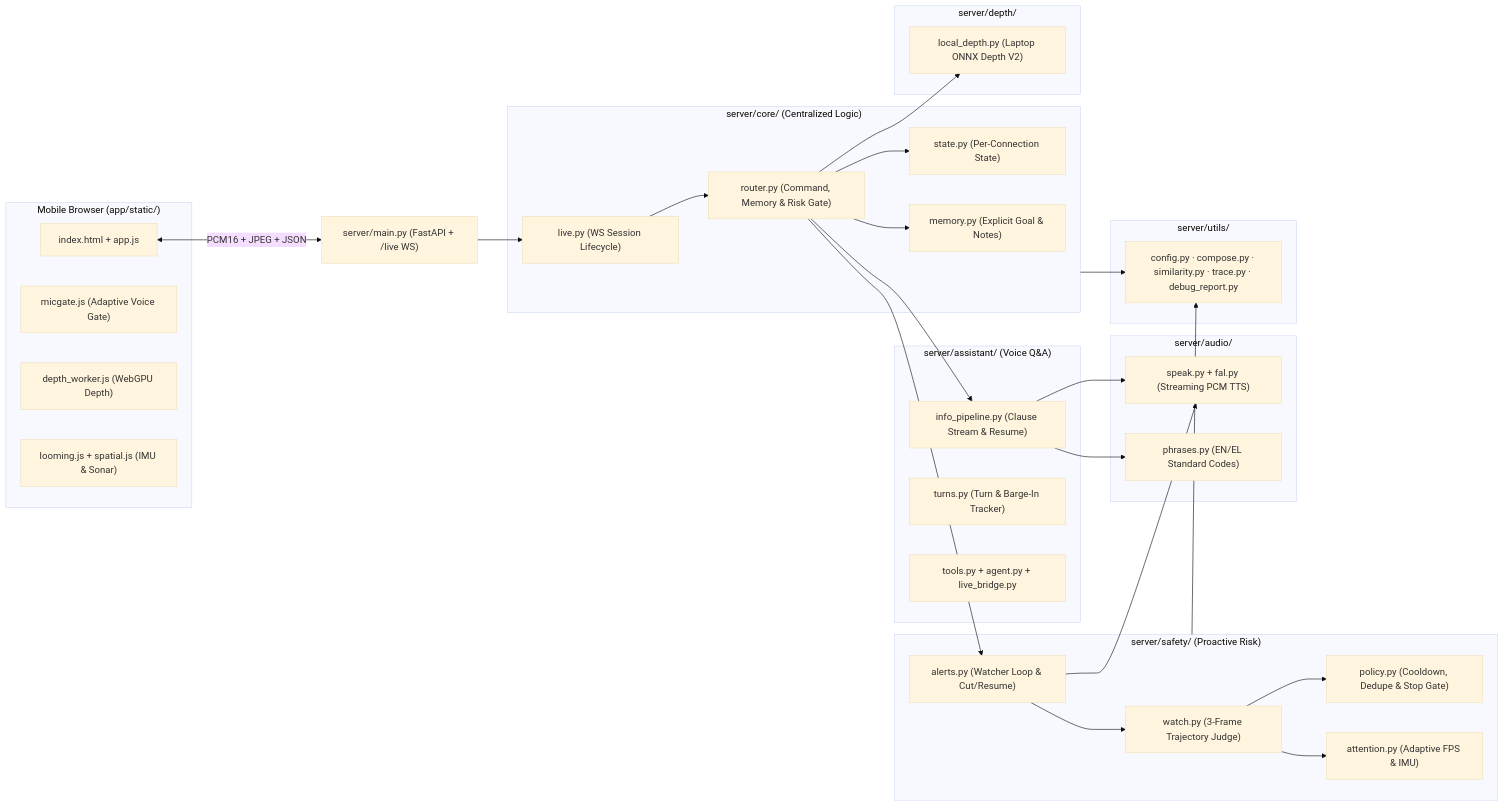
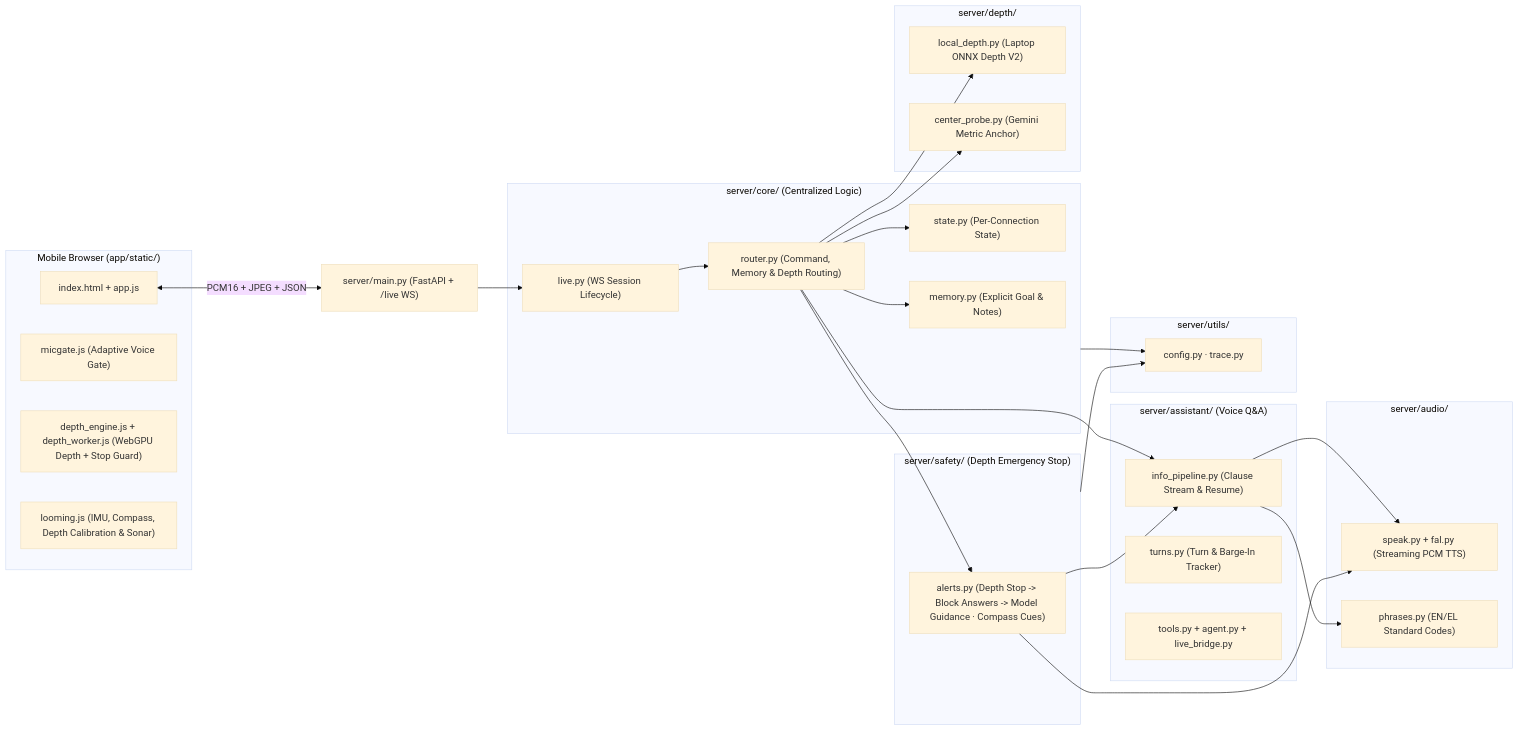
The first of 2 diagrams in app/README.md (Mike17K/genaisummit2026), drawn with Mermaid (base theme) before and after one commit. The commit also changed other lines of this file and 38 other files, not shown here.

````diff
--- a/app/README.md
+++ b/app/README.md
@@ -11,59 +11,57 @@
 ```mermaid
 flowchart LR
     subgraph Client["Mobile Browser (app/static/)"]
         UI["index.html + app.js"]
         MG["micgate.js (Adaptive Voice Gate)"]
-        DW["depth_worker.js (WebGPU Depth)"]
-        LM["looming.js + spatial.js (IMU & Sonar)"]
+        DW["depth_engine.js + depth_worker.js (WebGPU Depth + Stop Guard)"]
+        LM["looming.js (IMU, Compass, Depth Calibration & Sonar)"]
     end
 
     Entry["server/main.py (FastAPI + /live WS)"]
 
     subgraph Core["server/core/ (Centralized Logic)"]
         LIVE["live.py (WS Session Lifecycle)"]
-        RTR["router.py (Command, Memory & Risk Gate)"]
+        RTR["router.py (Command, Memory & Depth Routing)"]
         ST["state.py (Per-Connection State)"]
         MEM["memory.py (Explicit Goal & Notes)"]
     end
 
     subgraph Assistant["server/assistant/ (Voice Q&A)"]
         INFO["info_pipeline.py (Clause Stream & Resume)"]
         TRN["turns.py (Turn & Barge-In Tracker)"]
         TLS["tools.py + agent.py + live_bridge.py"]
     end
 
-    subgraph Safety["server/safety/ (Proactive Risk)"]
-        ALT["alerts.py (Watcher Loop & Cut/Resume)"]
-        WCH["watch.py (3-Frame Trajectory Judge)"]
-        POL["policy.py (Cooldown, Dedupe & Stop Gate)"]
-        ATT["attention.py (Adaptive FPS & IMU)"]
+    subgraph Safety["server/safety/ (Depth Emergency Stop)"]
+        ALT["alerts.py (Depth Stop -> Block Answers -> Model Guidance · Compass Cues)"]
     end
 
     subgraph Depth["server/depth/"]
         LDP["local_depth.py (Laptop ONNX Depth V2)"]
+        CPR["center_probe.py (Gemini Metric Anchor)"]
     end
 
     subgraph Audio["server/audio/"]
         SPK["speak.py + fal.py (Streaming PCM TTS)"]
         PHR["phrases.py (EN/EL Standard Codes)"]
     end
 
     subgraph Utils["server/utils/"]
-        UTL["config.py · compose.py · similarity.py · trace.py · debug_report.py"]
+        UTL["config.py · trace.py"]
     end
 
     UI <-->|"PCM16 + JPEG + JSON"| Entry
     Entry --> LIVE --> RTR
     RTR --> ST
     RTR --> MEM
     RTR --> INFO
     RTR --> ALT
     RTR --> LDP
     INFO --> SPK
     INFO --> PHR
-    ALT --> WCH --> POL
+    ALT --> INFO
     ALT --> SPK
-    WCH --> ATT
+    RTR --> CPR
     Core --> UTL
     Safety --> UTL
 ```
````
